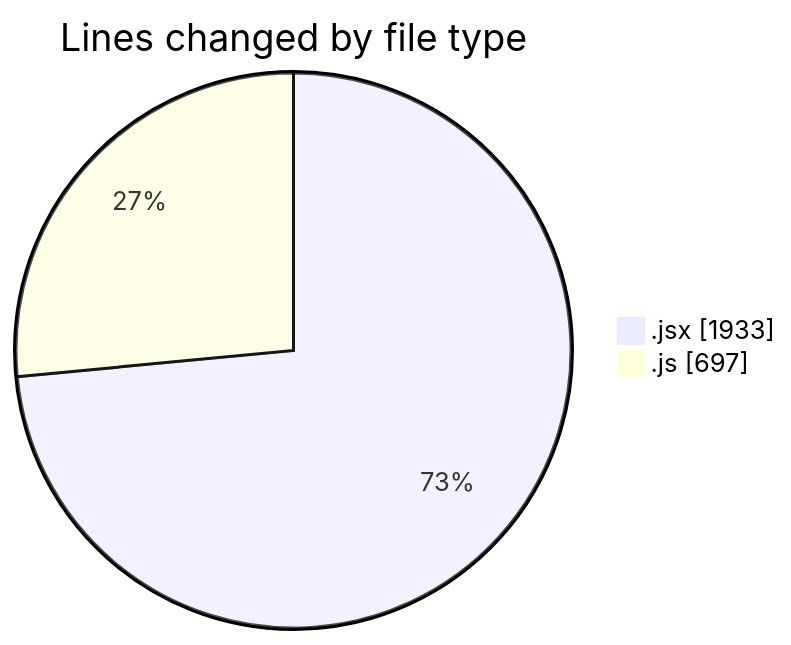
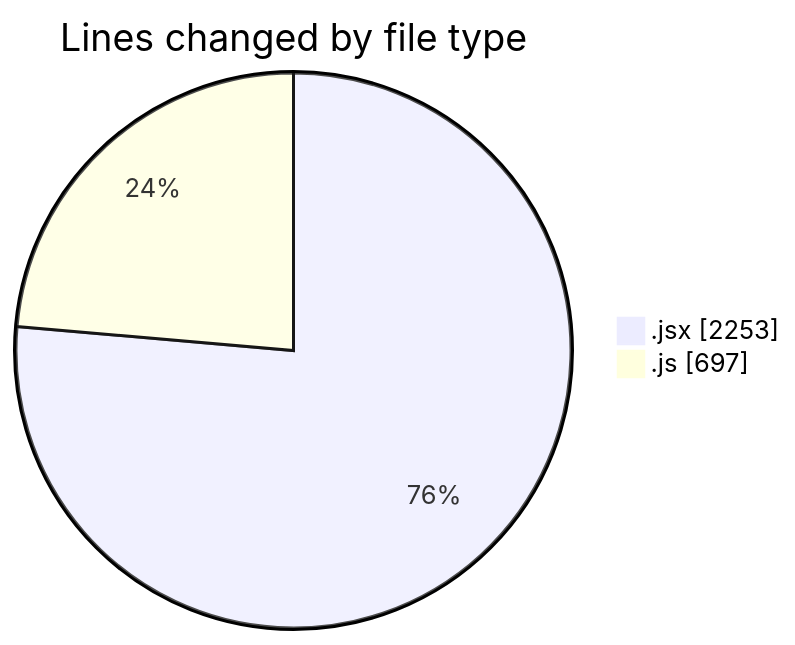
The first of 2 diagrams in 2025-11-13/argos/README.md (nxtqubesakshisongat/code-tracking), drawn with Mermaid before and after one commit. The commit also changed other lines of this file and 1 other file, not shown here.

````diff
--- a/2025-11-13/argos/README.md
+++ b/2025-11-13/argos/README.md
@@ -27,6 +28,6 @@
 ```mermaid
 pie showData
 title Lines changed by file type
-".jsx" : 1933
+".jsx" : 2253
 ".js" : 697
 ```
````
